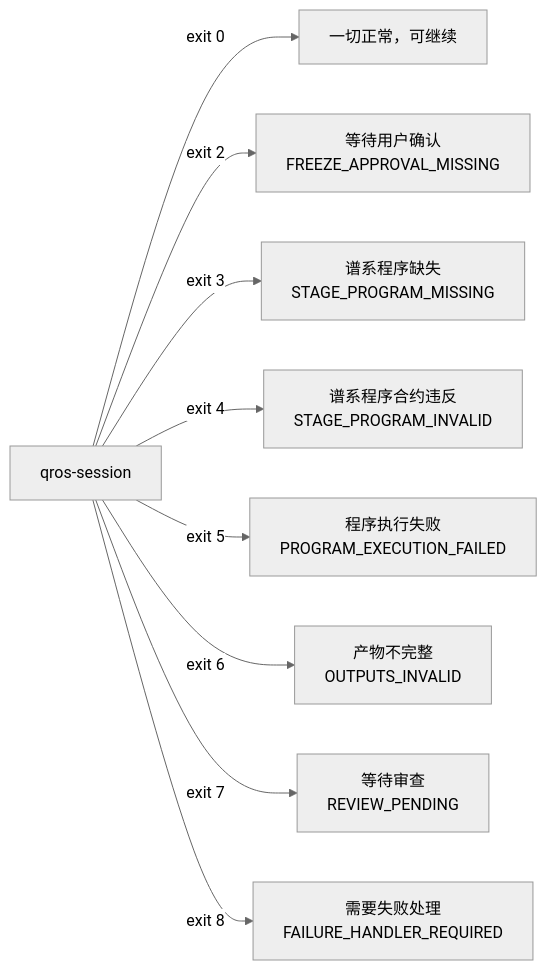
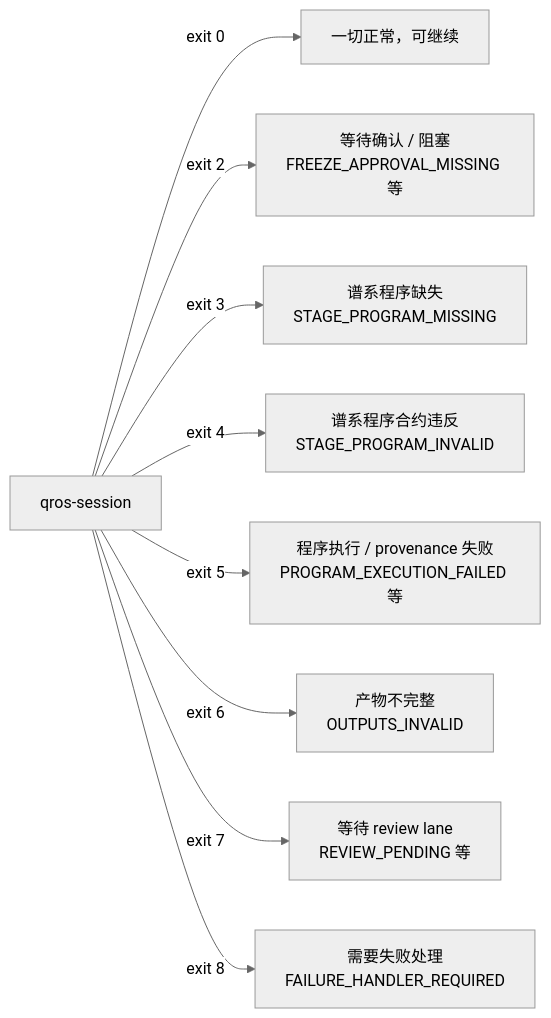
One commit to web3qt/quant-research-os changed the fourth of 10 diagrams in docs/guides/how-qros-works.md. Above: the diagram before and after it, drawn with Mermaid (neutral theme). The commit also changed other lines of this file and 9 other files, not shown here.

````diff
--- a/docs/guides/how-qros-works.md
+++ b/docs/guides/how-qros-works.md
@@ -152,11 +152,11 @@
 ```mermaid
 graph LR
     R["qros-session"] -->|"exit 0"| OK["一切正常，可继续"]
-    R -->|"exit 2"| Confirm["等待用户确认<br/>FREEZE_APPROVAL_MISSING"]
+    R -->|"exit 2"| Confirm["等待确认 / 阻塞<br/>FREEZE_APPROVAL_MISSING 等"]
     R -->|"exit 3"| NoProg["谱系程序缺失<br/>STAGE_PROGRAM_MISSING"]
     R -->|"exit 4"| BadProg["谱系程序合约违反<br/>STAGE_PROGRAM_INVALID"]
-    R -->|"exit 5"| ExecFail["程序执行失败<br/>PROGRAM_EXECUTION_FAILED"]
+    R -->|"exit 5"| ExecFail["程序执行 / provenance 失败<br/>PROGRAM_EXECUTION_FAILED 等"]
     R -->|"exit 6"| BadOut["产物不完整<br/>OUTPUTS_INVALID"]
-    R -->|"exit 7"| ReviewPend["等待审查<br/>REVIEW_PENDING"]
+    R -->|"exit 7"| ReviewPend["等待 review lane<br/>REVIEW_PENDING 等"]
     R -->|"exit 8"| FailHandle["需要失败处理<br/>FAILURE_HANDLER_REQUIRED"]
 ```
````
